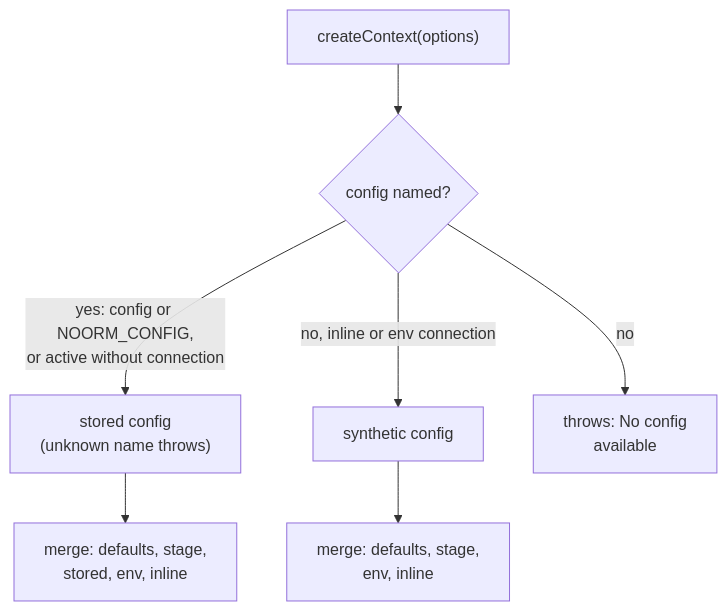
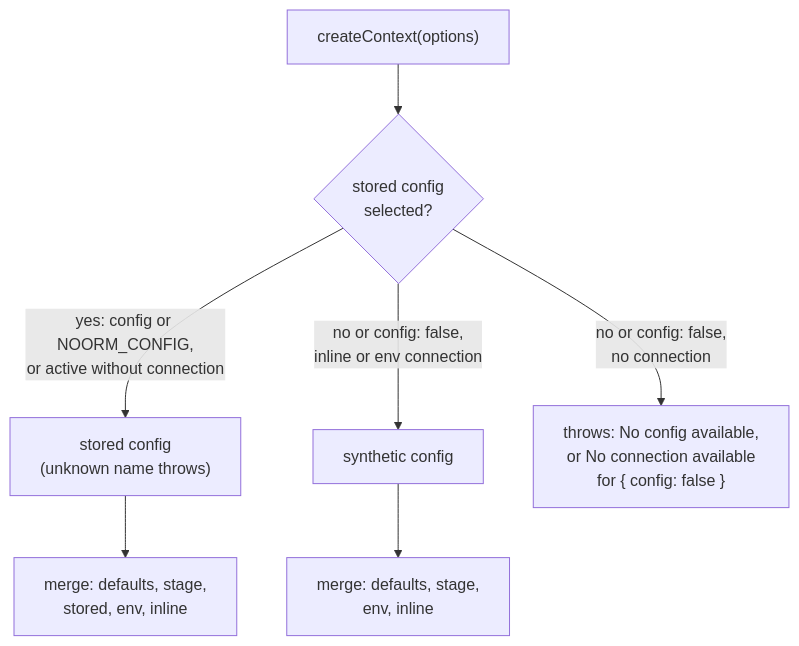
Before and after one commit to noormdev/noorm: the second of 5 diagrams in docs/reference/sdk.md, drawn with Mermaid. The commit also changed other lines of this file and 191 other files, not shown here.

````diff
--- a/docs/reference/sdk.md
+++ b/docs/reference/sdk.md
@@ -119,9 +120,9 @@
 ```mermaid
 flowchart TD
-    A["createContext(options)"] --> B{"config named?"}
+    A["createContext(options)"] --> B{"stored config<br/>selected?"}
     B -->|"yes: config or NOORM_CONFIG,<br/>or active without connection"| C["stored config<br/>(unknown name throws)"]
-    B -->|"no, inline or env connection"| D["synthetic config"]
-    B -->|"no"| E["throws: No config<br/>available"]
+    B -->|"no or config: false,<br/>inline or env connection"| D["synthetic config"]
+    B -->|"no or config: false,<br/>no connection"| E["throws: No config available,<br/>or No connection available<br/>for { config: false }"]
     C --> F["merge: defaults, stage,<br/>stored, env, inline"]
     D --> G["merge: defaults, stage,<br/>env, inline"]
 ```
````
